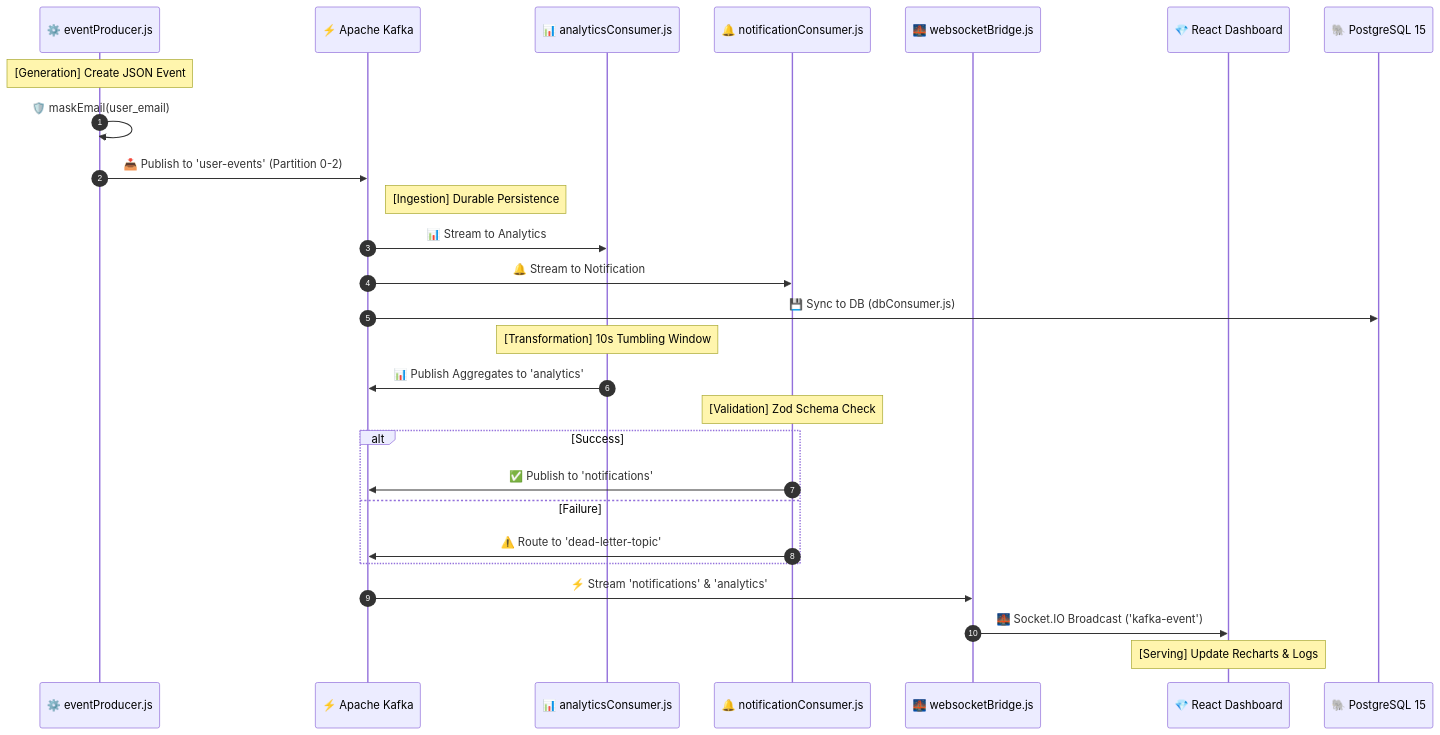
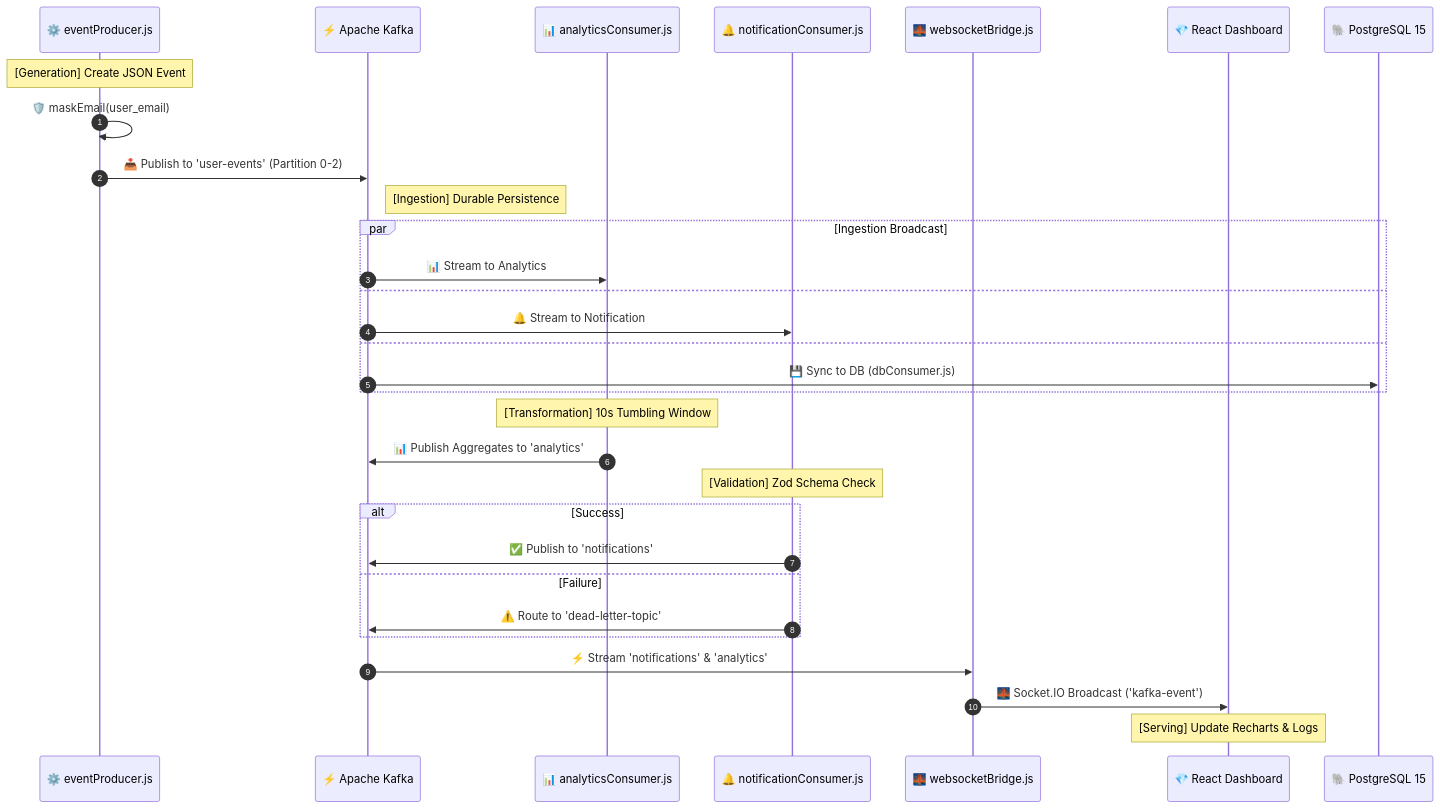
One commit to noumanic/StreamFlow changed the second of 2 diagrams in README.md. Above: the diagram before and after it, drawn with Mermaid. The commit also changed 1 other file, not shown here.

Commit message:
docs: fix sequence diagram par block syntax

````diff
--- a/README.md
+++ b/README.md
@@ -143,35 +143,39 @@
 ```mermaid
 sequenceDiagram
     autonumber
     participant P as ⚙️ eventProducer.js
     participant K as ⚡ Apache Kafka
     participant A as 📊 analyticsConsumer.js
     participant N as 🔔 notificationConsumer.js
     participant B as 🌉 websocketBridge.js
     participant D as 💎 React Dashboard
     participant PG as 🐘 PostgreSQL 15
 
     Note over P: [Generation] Create JSON Event
     P->>P: 🛡️ maskEmail(user_email)
     P->>K: 📥 Publish to 'user-events' (Partition 0-2)
     
     Note right of K: [Ingestion] Durable Persistence
 
-    K->>A: 📊 Stream to Analytics
-    K->>N: 🔔 Stream to Notification
-    K->>PG: 💾 Sync to DB (dbConsumer.js)
+    par Ingestion Broadcast
+        K->>A: 📊 Stream to Analytics
+    and 
+        K->>N: 🔔 Stream to Notification
+    and
+        K->>PG: 💾 Sync to DB (dbConsumer.js)
+    end
 
     Note over A: [Transformation] 10s Tumbling Window
     A->>K: 📊 Publish Aggregates to 'analytics'
 
     Note over N: [Validation] Zod Schema Check
     alt Success
         N->>K: ✅ Publish to 'notifications'
     else Failure
         N->>K: ⚠️ Route to 'dead-letter-topic'
     end
 
     K->>B: ⚡ Stream 'notifications' & 'analytics'
     B->>D: 🌉 Socket.IO Broadcast ('kafka-event')
     Note over D: [Serving] Update Recharts & Logs
 ```
````
